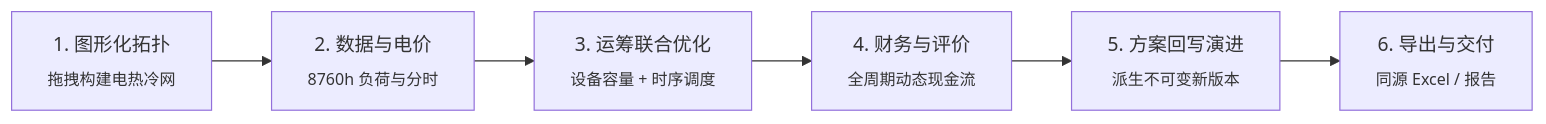
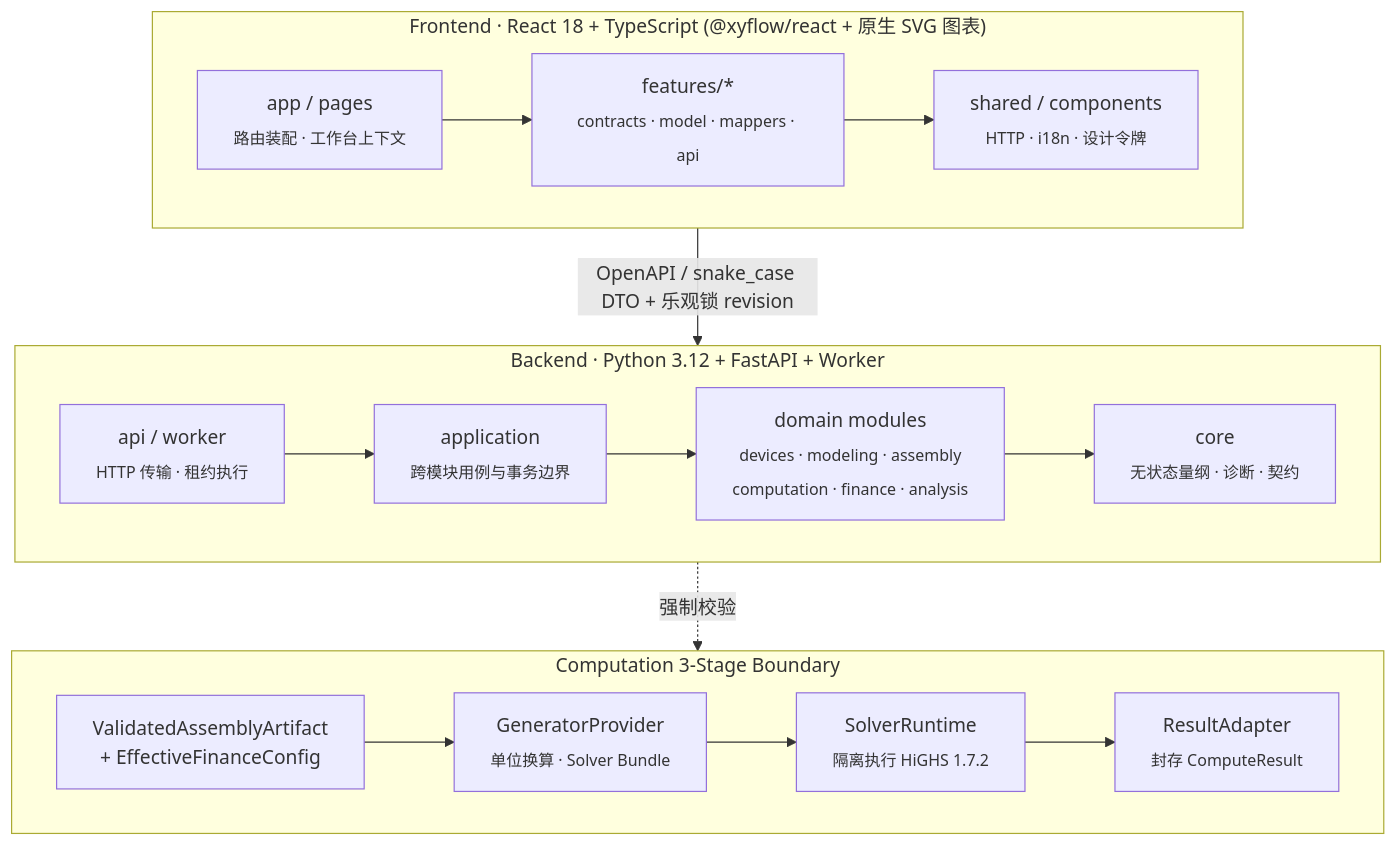
One commit to ThermalEng/pIES changed the diagram in README.md. Above: the diagram before and after it, drawn with Mermaid. The commit also changed other lines of this file and 6 other files, not shown here.

Commit message:
docs(readme): add animated architecture flow and real e2e showcase assets

````diff
--- a/README.md
+++ b/README.md
@@ -25,8 +95,20 @@
 ```mermaid
-flowchart LR
-    A["1. 图形化拓扑<br/><sub>拖拽构建电热冷网</sub>"] --> B["2. 数据与电价<br/><sub>8760h 负荷与分时</sub>"]
-    B --> C["3. 运筹联合优化<br/><sub>设备容量 + 时序调度</sub>"]
-    C --> D["4. 财务与评价<br/><sub>全周期动态现金流</sub>"]
-    D --> E["5. 方案回写演进<br/><sub>派生不可变新版本</sub>"]
-    E --> F["6. 导出与交付<br/><sub>同源 Excel / 报告</sub>"]
+flowchart TB
+    subgraph FE["Frontend · React 18 + TypeScript (@xyflow/react + 原生 SVG 图表)"]
+        direction LR
+        Pages["app / pages<br/><sub>路由装配 · 工作台上下文</sub>"] --> Features["features/*<br/><sub>contracts · model · mappers · api</sub>"] --> Shared["shared / components<br/><sub>HTTP · i18n · 设计令牌</sub>"]
+    end
+
+    subgraph BE["Backend · Python 3.12 + FastAPI + Worker"]
+        direction LR
+        API["api / worker<br/><sub>HTTP 传输 · 租约执行</sub>"] --> App["application<br/><sub>跨模块用例与事务边界</sub>"] --> Domain["domain modules<br/><sub>devices · modeling · assembly<br/>computation · finance · analysis</sub>"] --> Core["core<br/><sub>无状态量纲 · 诊断 · 契约</sub>"]
+    end
+
+    subgraph Pipe["Computation 3-Stage Boundary"]
+        direction LR
+        Art["ValidatedAssemblyArtifact<br/>+ EffectiveFinanceConfig"] --> Gen["GeneratorProvider<br/><sub>单位换算 · Solver Bundle</sub>"] --> Run["SolverRuntime<br/><sub>隔离执行 HiGHS 1.7.2</sub>"] --> Adp["ResultAdapter<br/><sub>封存 ComputeResult</sub>"]
+    end
+
+    FE -- "OpenAPI / snake_case DTO + 乐观锁 revision" --> API
+    Domain -. "强制校验" .-> Pipe
 ```
````
